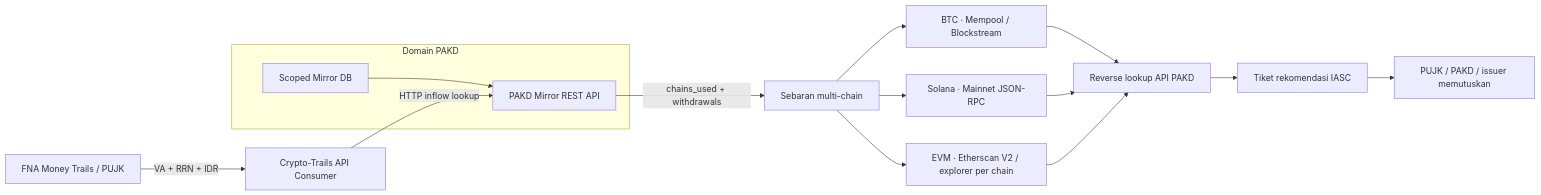
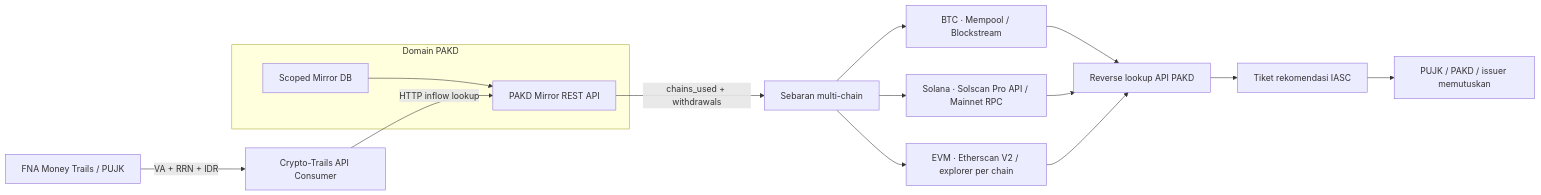
One commit to cesartputra/crypto-trails changed the diagram in README.md. Above: the diagram before and after it, drawn with Mermaid. The commit also changed other lines of this file and 7 other files, not shown here.

Commit message:
Connect Solscan Pro API scanner and report authentication failures safely

````diff
--- a/README.md
+++ b/README.md
@@ -27,17 +27,17 @@
 ```mermaid
 flowchart LR
   F[FNA Money Trails / PUJK] -->|VA + RRN + IDR| C[Crypto-Trails API Consumer]
   subgraph P[Domain PAKD]
     M[Scoped Mirror DB] --> A[PAKD Mirror REST API]
   end
   C -->|HTTP inflow lookup| A
   A -->|chains_used + withdrawals| D[Sebaran multi-chain]
   D --> B[BTC · Mempool / Blockstream]
-  D --> S[Solana · Mainnet JSON-RPC]
+  D --> S[Solana · Solscan Pro API / Mainnet RPC]
   D --> E[EVM · Etherscan V2 / explorer per chain]
   B --> R[Reverse lookup API PAKD]
   S --> R
   E --> R
   R --> T[Tiket rekomendasi IASC]
   T --> I[PUJK / PAKD / issuer memutuskan]
 ```
````
